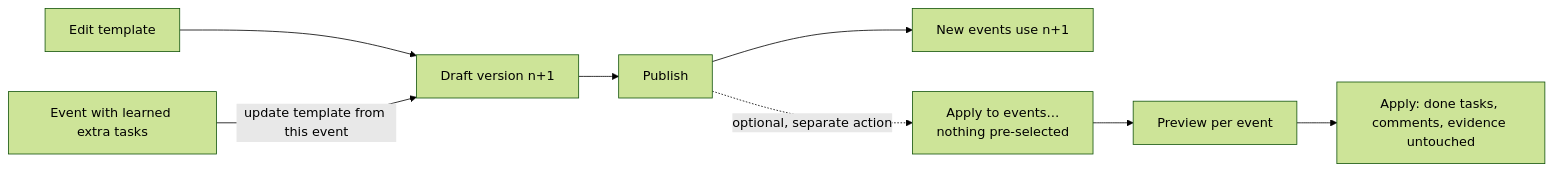
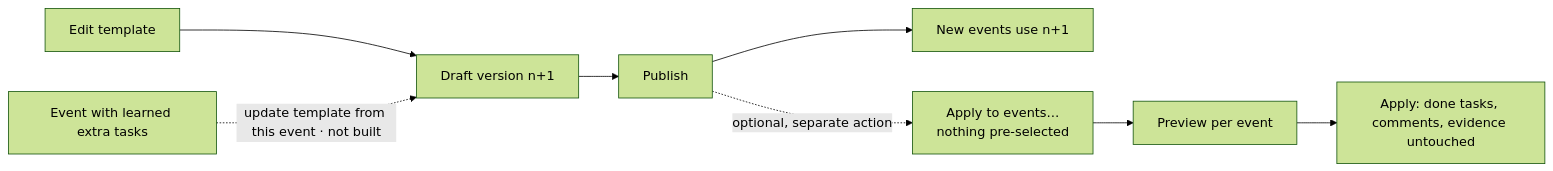
One commit to coelln-konzept/marktwerk changed the fifth of 12 diagrams in docs/product/user-flows.md. Above: the diagram before and after it, drawn with Mermaid (forest theme). The commit also changed other lines of this file and 23 other files, not shown here.

````diff
--- a/docs/product/user-flows.md
+++ b/docs/product/user-flows.md
@@ -81,10 +85,10 @@
 ```mermaid
 flowchart LR
     E[Edit template] --> DR[Draft version n+1]
     DR --> PUB[Publish]
     PUB --> NEW[New events use n+1]
     PUB -.->|optional, separate action| AP["Apply to events…"<br/>nothing pre-selected]
     AP --> PV[Preview per event]
     PV --> GO[Apply: done tasks, comments, evidence untouched]
-    EV[Event with learned extra tasks] -->|"update template from this event"| DR
+    EV[Event with learned extra tasks] -.->|"update template from this event · not built"| DR
 ```
````
